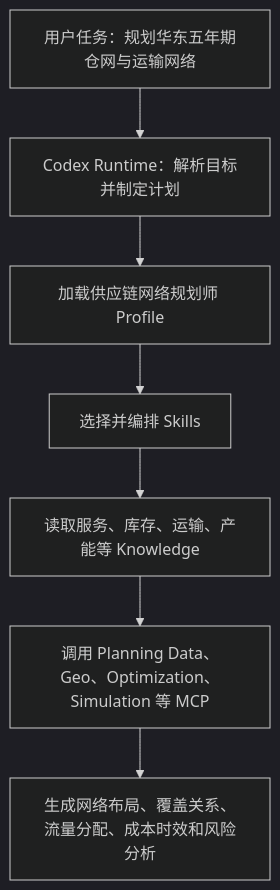
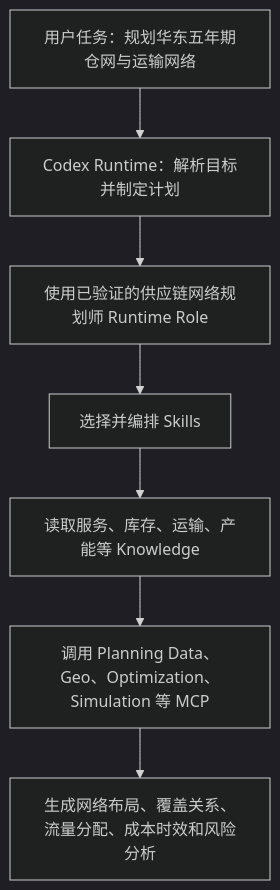
One commit to JO-WTF/open-web-codex changed the fourth of 8 diagrams in docs/domain-agent-extension-architecture.md. Above: the diagram before and after it, drawn with Mermaid (dark theme). The commit also changed other lines of this file and 18 other files, not shown here.

````diff
--- a/docs/domain-agent-extension-architecture.md
+++ b/docs/domain-agent-extension-architecture.md
@@ -547,9 +581,9 @@
 ```mermaid
 flowchart TD
     A["用户任务：规划华东五年期仓网与运输网络"] --> B["Codex Runtime：解析目标并制定计划"]
-    B --> C[加载供应链网络规划师 Profile]
+    B --> C["使用已验证的供应链网络规划师 Runtime Role"]
     C --> D[选择并编排 Skills]
     D --> E[读取服务、库存、运输、产能等 Knowledge]
     E --> F[调用 Planning Data、Geo、Optimization、Simulation 等 MCP]
     F --> G["生成网络布局、覆盖关系、流量分配、成本时效和风险分析"]
 ```
````
